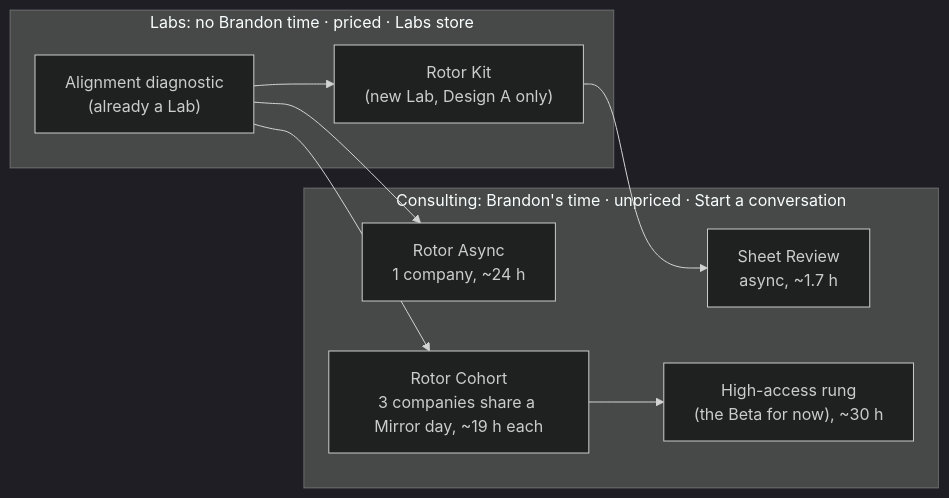
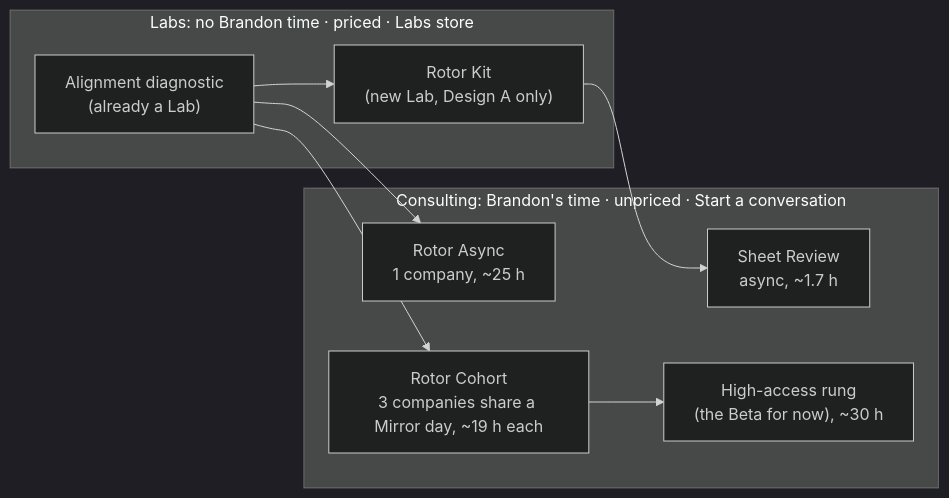
The first of 2 diagrams in rotor/product/rp1-options-memo.md (FranklinKinetics/Labs-Agents), drawn with Mermaid (dark theme) before and after one commit. The commit also changed other lines of this file, not shown here.

First line of the commit message:
rotor-product: RP1 — apply Vera's fixes to options memo

````diff
--- a/rotor/product/rp1-options-memo.md
+++ b/rotor/product/rp1-options-memo.md
@@ -32,16 +32,16 @@
 ```mermaid
 flowchart LR
   subgraph LABS["Labs: no Brandon time · priced · Labs store"]
     DX["Alignment diagnostic<br/>(already a Lab)"]
     KIT["Rotor Kit<br/>(new Lab, Design A only)"]
   end
   subgraph CONS["Consulting: Brandon's time · unpriced · Start a conversation"]
     REV["Sheet Review<br/>async, ~1.7 h"]
-    SOLO["Rotor Async<br/>1 company, ~24 h"]
+    SOLO["Rotor Async<br/>1 company, ~25 h"]
     COH["Rotor Cohort<br/>3 companies share a Mirror day, ~19 h each"]
     PREM["High-access rung<br/>(the Beta for now), ~30 h"]
   end
   DX --> KIT --> REV
   DX --> SOLO
   DX --> COH --> PREM
 ```
````
